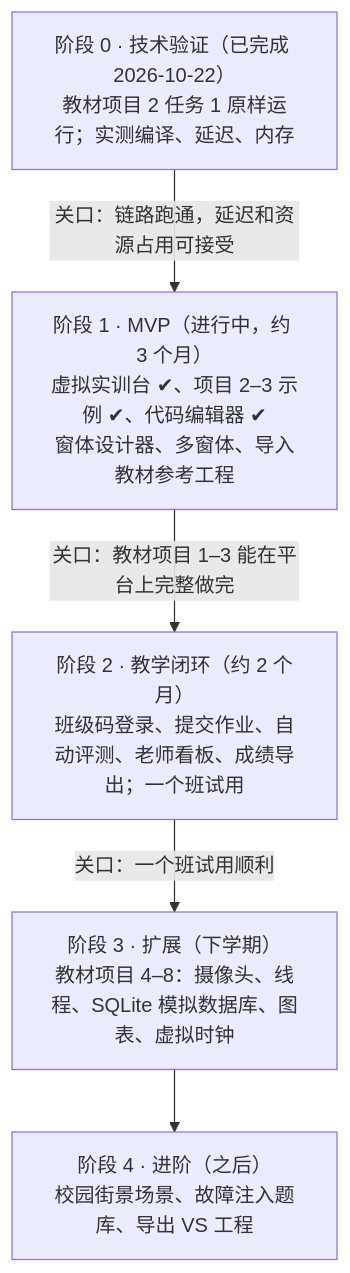
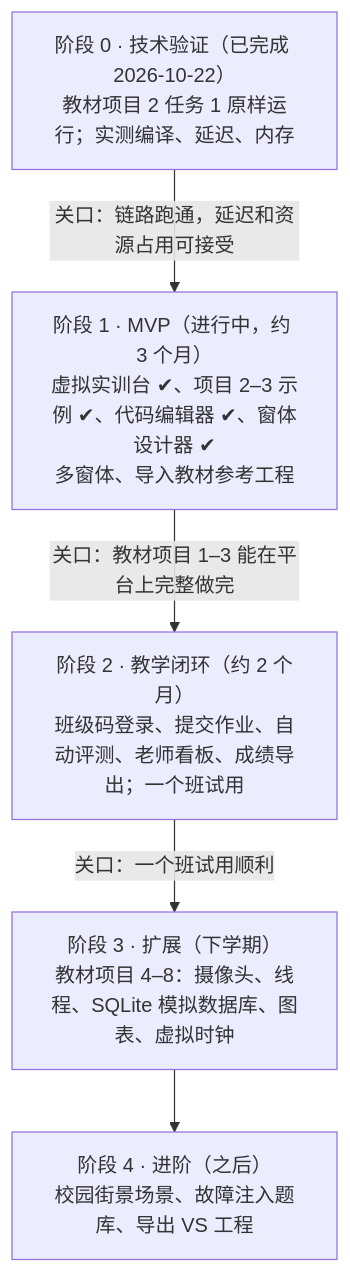
Before and after one commit to yuetsh/IOT_SIM: the second of 2 diagrams in docs/设计方案.md, drawn with Mermaid. The commit also changed other lines of this file and 19 other files, not shown here.

````diff
--- a/docs/设计方案.md
+++ b/docs/设计方案.md
@@ -227,12 +227,12 @@
 ```mermaid
 flowchart TB
   P0["阶段 0 · 技术验证（已完成 2026-10-22）<br/>教材项目 2 任务 1 原样运行；实测编译、延迟、内存"]
-  P1["阶段 1 · MVP（进行中，约 3 个月）<br/>虚拟实训台 ✔、项目 2–3 示例 ✔、代码编辑器 ✔<br/>窗体设计器、多窗体、导入教材参考工程"]
+  P1["阶段 1 · MVP（进行中，约 3 个月）<br/>虚拟实训台 ✔、项目 2–3 示例 ✔、代码编辑器 ✔、窗体设计器 ✔<br/>多窗体、导入教材参考工程"]
   P2["阶段 2 · 教学闭环（约 2 个月）<br/>班级码登录、提交作业、自动评测、老师看板、成绩导出；一个班试用"]
   P3["阶段 3 · 扩展（下学期）<br/>教材项目 4–8：摄像头、线程、SQLite 模拟数据库、图表、虚拟时钟"]
   P4["阶段 4 · 进阶（之后）<br/>校园街景场景、故障注入题库、导出 VS 工程"]
   P0 -->|"关口：链路跑通，延迟和资源占用可接受"| P1
   P1 -->|"关口：教材项目 1–3 能在平台上完整做完"| P2
   P2 -->|"关口：一个班试用顺利"| P3
   P3 --> P4
 ```
````
